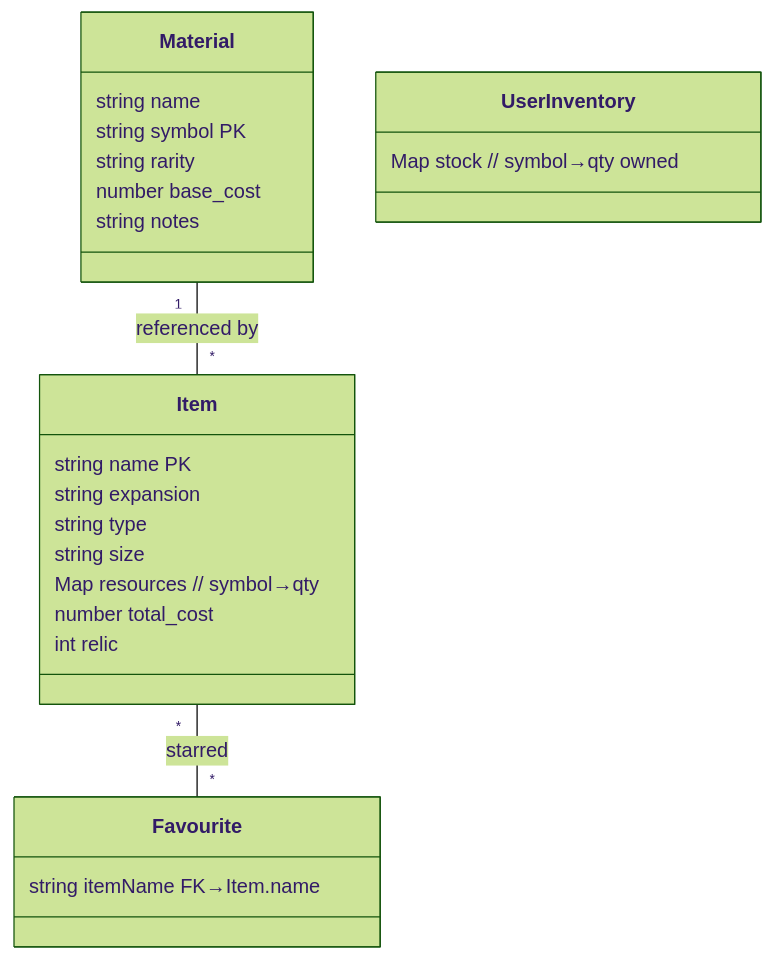
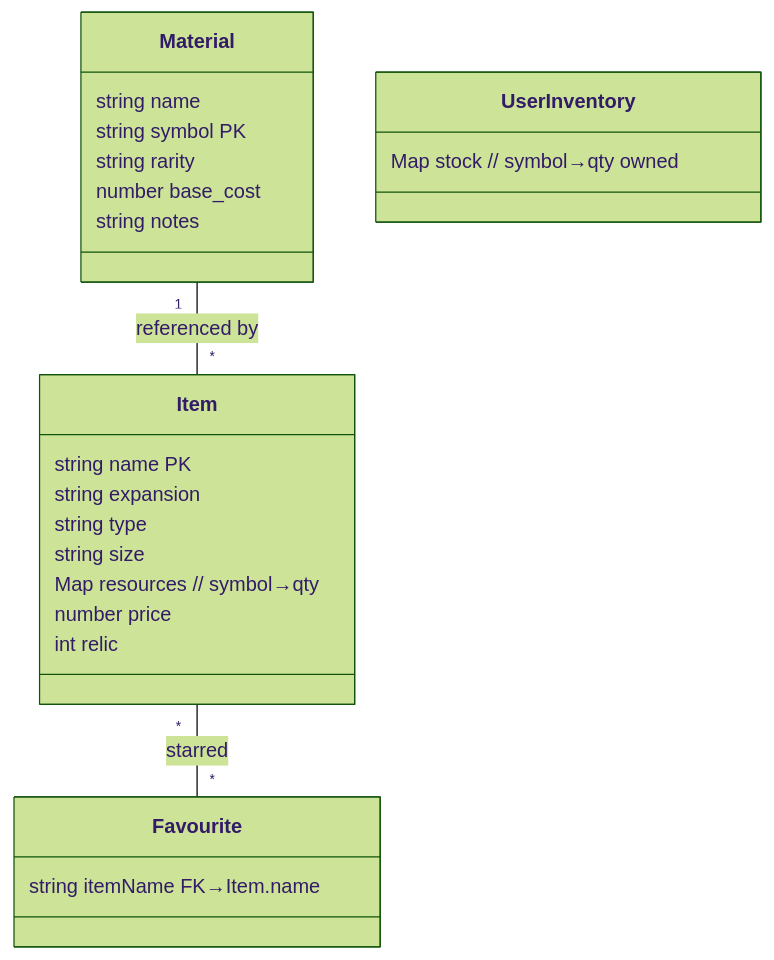
The diagram in summary.md (BarryRodick/maladumCrafting), drawn with Mermaid (forest theme) before and after one commit. The commit also changed other lines of this file, not shown here.

Commit message:
Update summary terminology to use price

````diff
--- a/summary.md
+++ b/summary.md
@@ -90,27 +90,27 @@
 ```mermaid
 classDiagram
   class Material {
     string name
     string symbol PK
     string rarity
     number base_cost
     string notes
   }
   class Item {
     string name PK
     string expansion
     string type
     string size
     Map<String,int> resources  // symbol→qty
-    number total_cost
+    number price
     int relic
   }
   class UserInventory {
     Map<String,int> stock  // symbol→qty owned
   }
   class Favourite {
     string itemName FK→Item.name
   }
   Material "1" -- "*" Item : referenced by
   Item "*" -- "*" Favourite : starred
 ```
````
